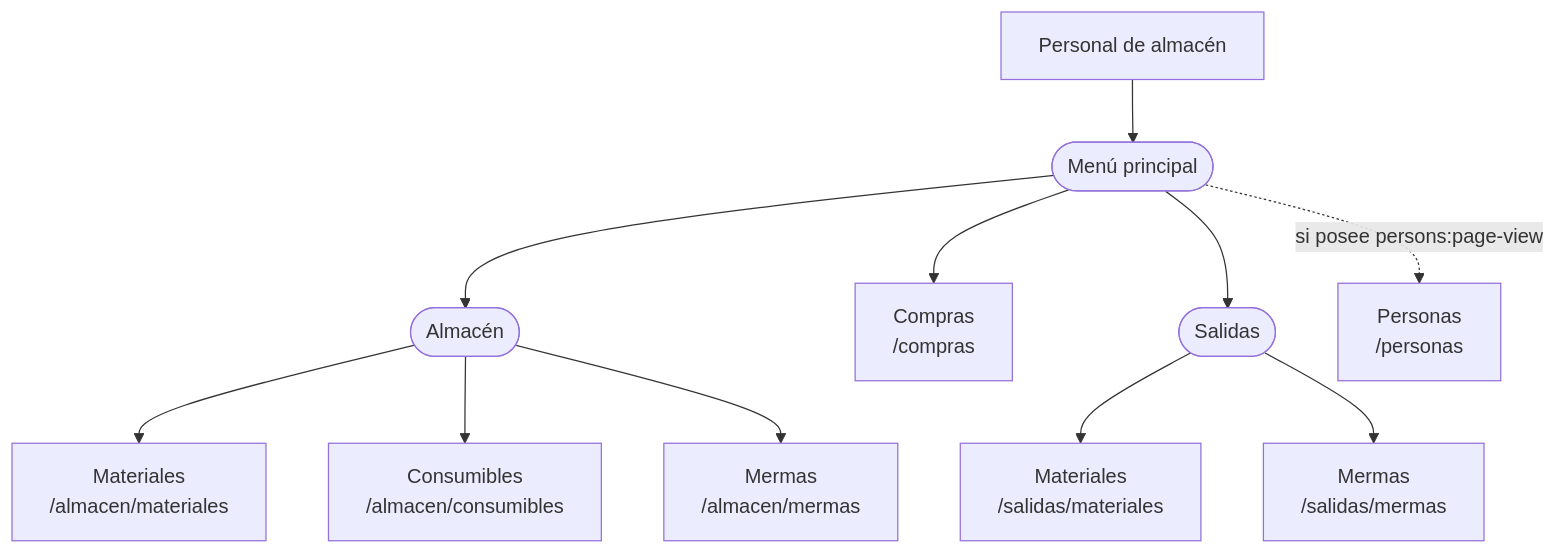
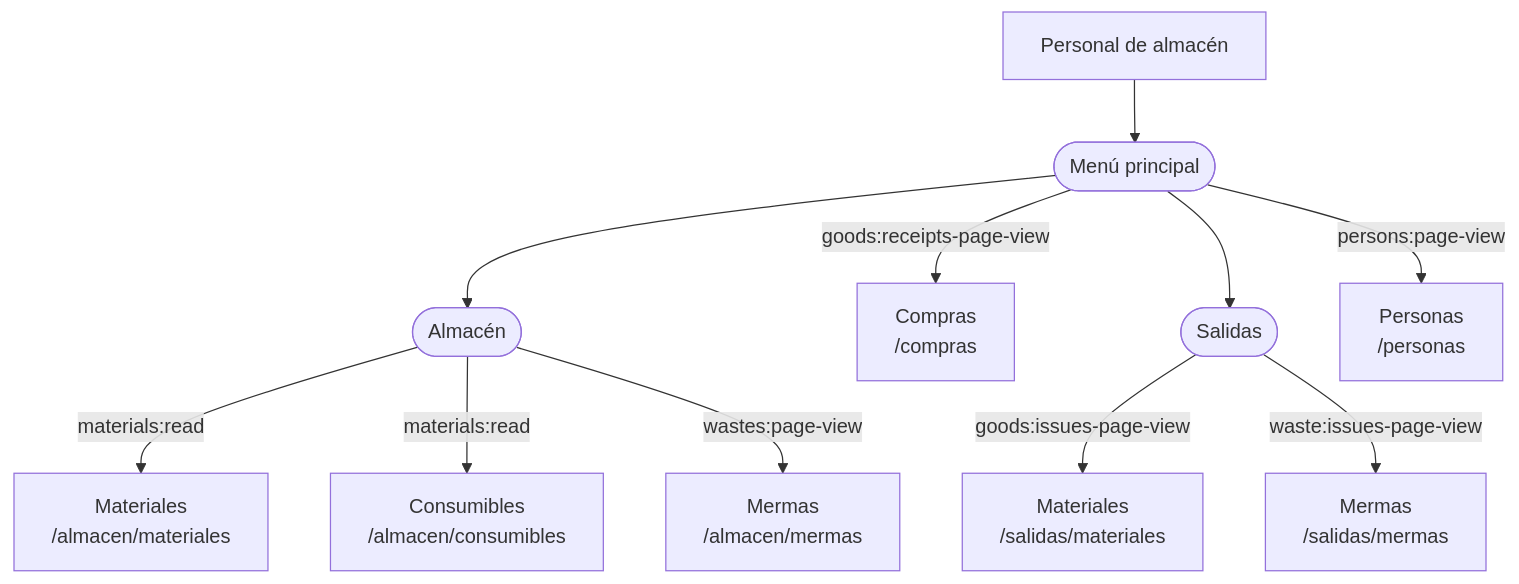
One commit to gpgsistemas01/nexus changed the second of 3 diagrams in docs/architecture/views/scenarios/web-navigation-and-screen-catalog/02-map-visual-of-navigation.md. Above: the diagram before and after it, drawn with Mermaid. The commit also changed other lines of this file and 1 other file, not shown here.

````diff
--- a/docs/architecture/views/scenarios/web-navigation-and-screen-catalog/02-map-visual-of-navigation.md
+++ b/docs/architecture/views/scenarios/web-navigation-and-screen-catalog/02-map-visual-of-navigation.md
@@ -47,13 +51,13 @@
 ```mermaid
 flowchart TB
     actor["Personal de almacén"] --> menu(["Menú principal"])
     menu --> warehouse(["Almacén"])
-    warehouse --> materials["Materiales<br/>/almacen/materiales"]
-    warehouse --> consumables["Consumibles<br/>/almacen/consumibles"]
-    warehouse --> wastes["Mermas<br/>/almacen/mermas"]
-    menu --> purchases["Compras<br/>/compras"]
+    warehouse -->|"materials:read"| materials["Materiales<br/>/almacen/materiales"]
+    warehouse -->|"materials:read"| consumables["Consumibles<br/>/almacen/consumibles"]
+    warehouse -->|"wastes:page-view"| wastes["Mermas<br/>/almacen/mermas"]
+    menu -->|"goods:receipts-page-view"| purchases["Compras<br/>/compras"]
     menu --> issues(["Salidas"])
-    issues --> goodsIssues["Materiales<br/>/salidas/materiales"]
-    issues --> wasteIssues["Mermas<br/>/salidas/mermas"]
-    menu -. "si posee persons:page-view" .-> persons["Personas<br/>/personas"]
+    issues -->|"goods:issues-page-view"| goodsIssues["Materiales<br/>/salidas/materiales"]
+    issues -->|"waste:issues-page-view"| wasteIssues["Mermas<br/>/salidas/mermas"]
+    menu -->|"persons:page-view"| persons["Personas<br/>/personas"]
 ```
````
